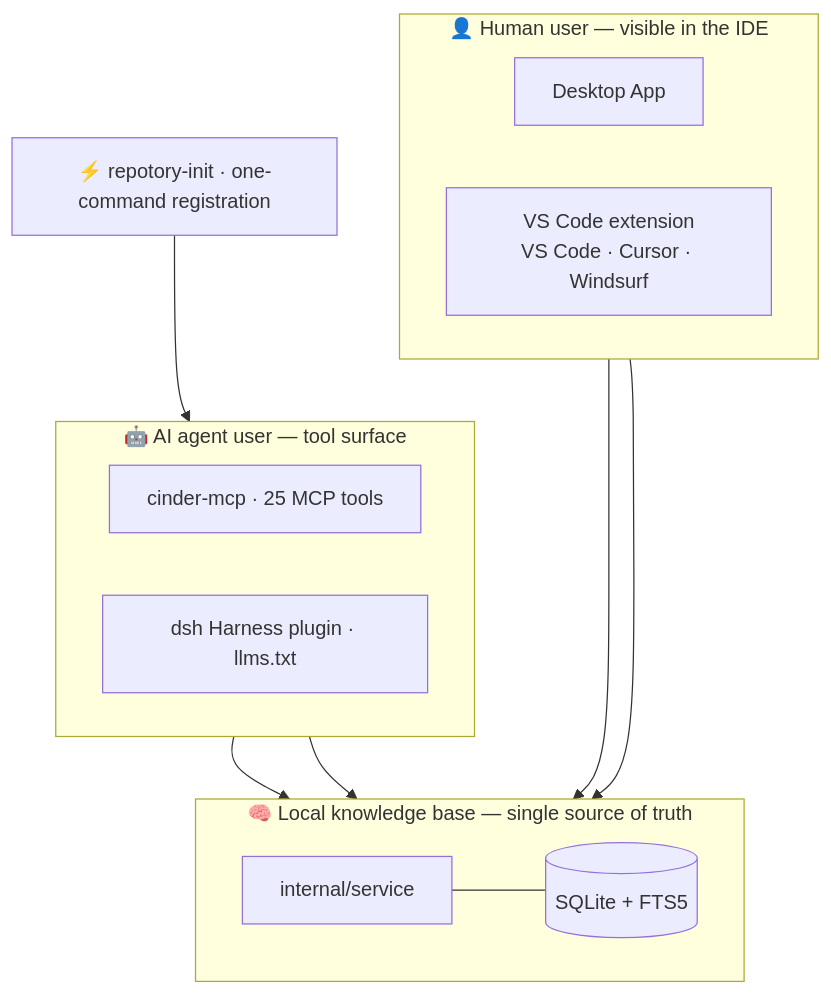
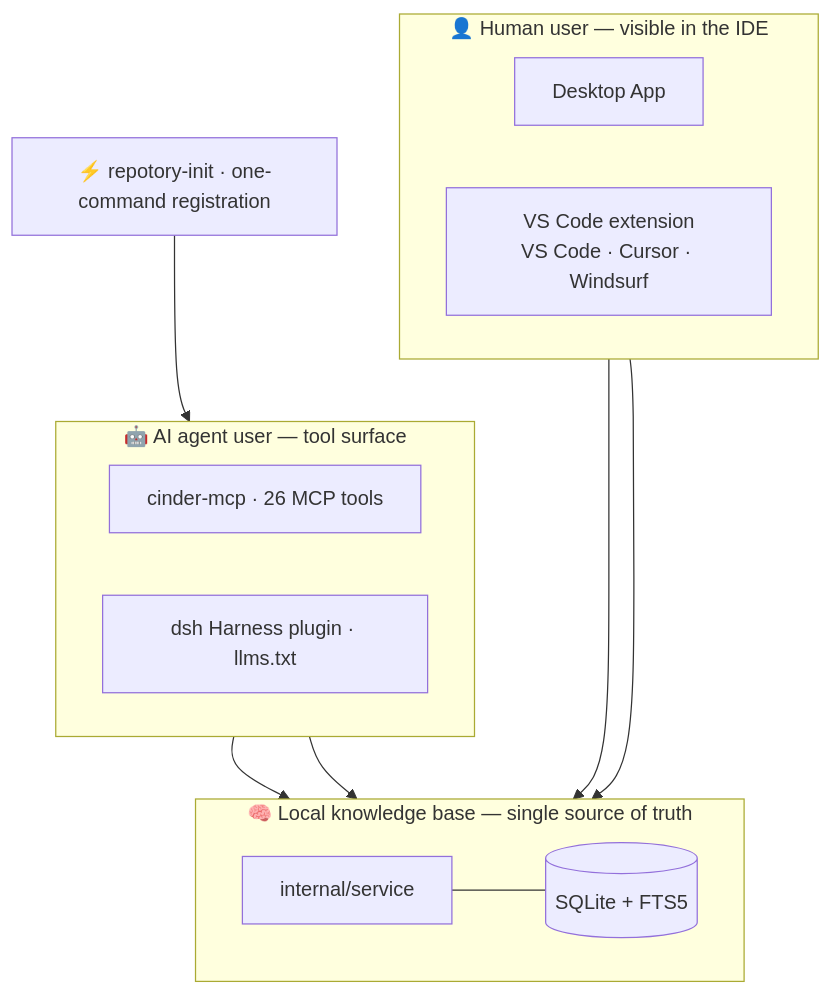
Before and after one commit to sky-jiangcheng/cinder: the fifth of 5 diagrams in docs/en/architecture.md, drawn with Mermaid. The commit also changed 15 other files, not shown here.

````diff
--- a/docs/en/architecture.md
+++ b/docs/en/architecture.md
@@ -152,24 +152,24 @@
 ```mermaid
 flowchart TB
     subgraph HUMAN[👤 Human user — visible in the IDE]
         direction LR
         DESKTOP[Desktop App]
         VSCODE[VS Code extension<br/>VS Code · Cursor · Windsurf]
     end
     subgraph AGENT[🤖 AI agent user — tool surface]
         direction LR
-        MCP[cinder-mcp · 25 MCP tools]
+        MCP[cinder-mcp · 26 MCP tools]
         DSH[dsh Harness plugin · llms.txt]
     end
     subgraph CORE[🧠 Local knowledge base — single source of truth]
         direction LR
         SVC[internal/service] --- DB[(SQLite + FTS5)]
     end
     HUMAN ~~~ AGENT ~~~ CORE
     INIT[⚡ repotory-init · one-command registration]
     INIT --> MCP
     DESKTOP --> SVC
     VSCODE --> SVC
     MCP --> SVC
     DSH --> SVC
 ```
````
